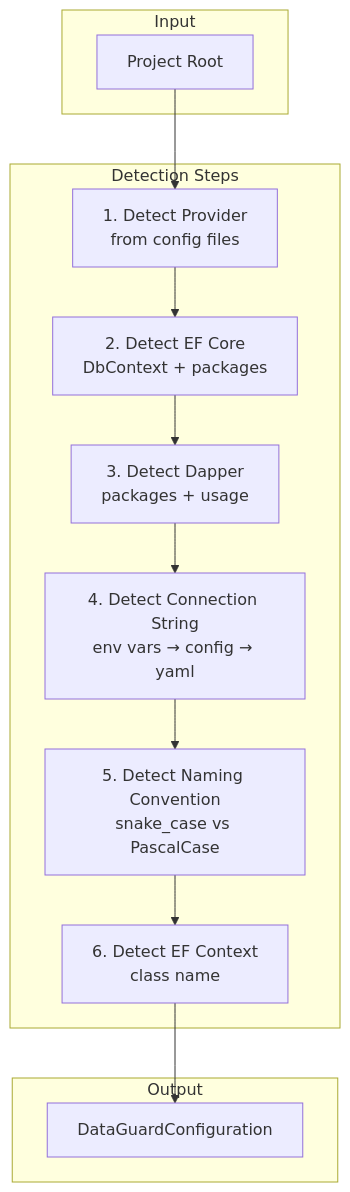
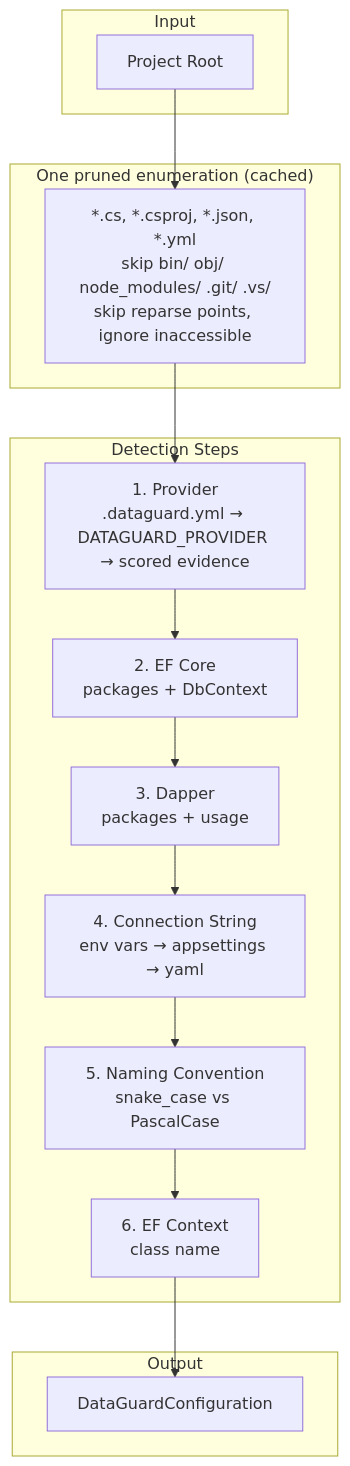
Before and after one commit to thanhnt-sm/eco_support_net_oracle: the first of 2 diagrams in docs/03-components/core/auto-detection.md, drawn with Mermaid. The commit also changed other lines of this file and 408 other files, not shown here.

````diff
--- a/docs/03-components/core/auto-detection.md
+++ b/docs/03-components/core/auto-detection.md
@@ -9,27 +9,25 @@
 ```mermaid
 flowchart TB
     subgraph Input
         ROOT[Project Root]
     end
 
+    subgraph Scan["One pruned enumeration (cached)"]
+        FILES[*.cs, *.csproj, *.json, *.yml<br/>skip bin/ obj/ node_modules/ .git/ .vs/<br/>skip reparse points, ignore inaccessible]
+    end
+
     subgraph Detection Steps
-        D1[1. Detect Provider<br/>from config files]
-        D2[2. Detect EF Core<br/>DbContext + packages]
-        D3[3. Detect Dapper<br/>packages + usage]
-        D4[4. Detect Connection String<br/>env vars → config → yaml]
-        D5[5. Detect Naming Convention<br/>snake_case vs PascalCase]
-        D6[6. Detect EF Context<br/>class name]
+        D1[1. Provider<br/>.dataguard.yml → DATAGUARD_PROVIDER → scored evidence]
+        D2[2. EF Core<br/>packages + DbContext]
+        D3[3. Dapper<br/>packages + usage]
+        D4[4. Connection String<br/>env vars → appsettings → yaml]
+        D5[5. Naming Convention<br/>snake_case vs PascalCase]
+        D6[6. EF Context<br/>class name]
     end
 
     subgraph Output
         CONFIG[DataGuardConfiguration]
     end
 
-    ROOT --> D1
-    D1 --> D2
-    D2 --> D3
-    D3 --> D4
-    D4 --> D5
-    D5 --> D6
-    D6 --> CONFIG
+    ROOT --> FILES --> D1 --> D2 --> D3 --> D4 --> D5 --> D6 --> CONFIG
 ```
````
